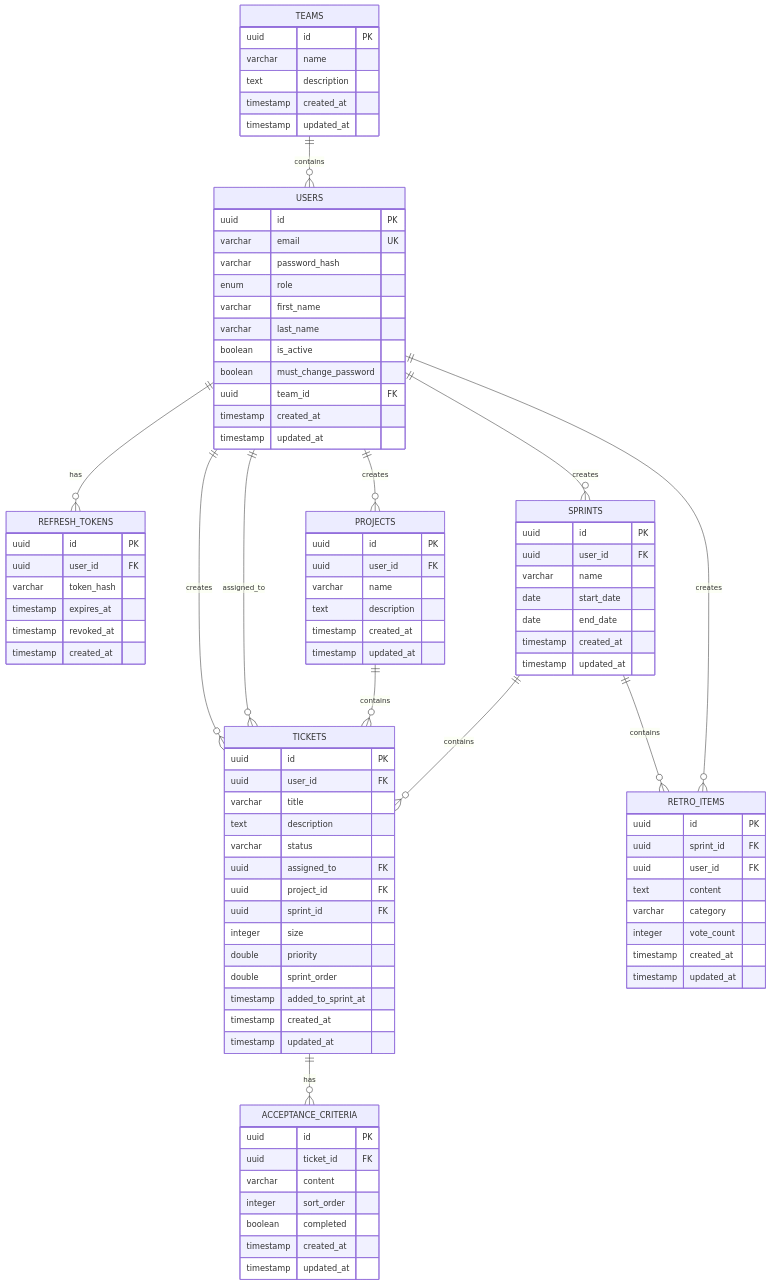
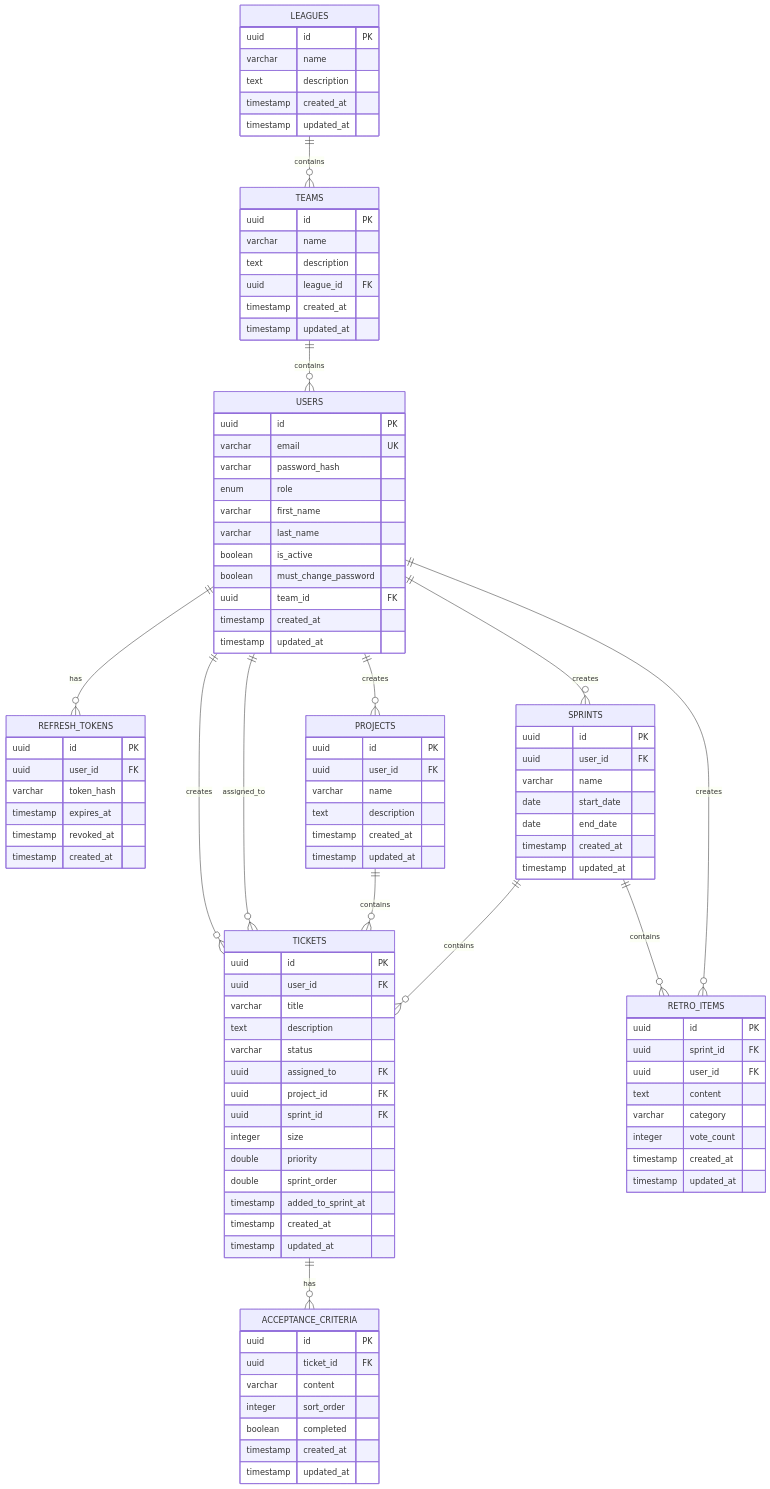
One commit to cfegela/flyhalf changed the diagram in README.md. Above: the diagram before and after it, drawn with Mermaid. The commit also changed other lines of this file and 12 other files, not shown here.

````diff
--- a/README.md
+++ b/README.md
@@ -598,5 +630,6 @@
 ```mermaid
 erDiagram
+    LEAGUES ||--o{ TEAMS : "contains"
     TEAMS ||--o{ USERS : "contains"
     USERS ||--o{ REFRESH_TOKENS : "has"
     USERS ||--o{ TICKETS : "creates"
@@ -609,10 +642,19 @@
     SPRINTS ||--o{ RETRO_ITEMS : "contains"
     TICKETS ||--o{ ACCEPTANCE_CRITERIA : "has"
 
+    LEAGUES {
+        uuid id PK
+        varchar name
+        text description
+        timestamp created_at
+        timestamp updated_at
+    }
+
     TEAMS {
         uuid id PK
         varchar name
         text description
+        uuid league_id FK
         timestamp created_at
         timestamp updated_at
     }
````
